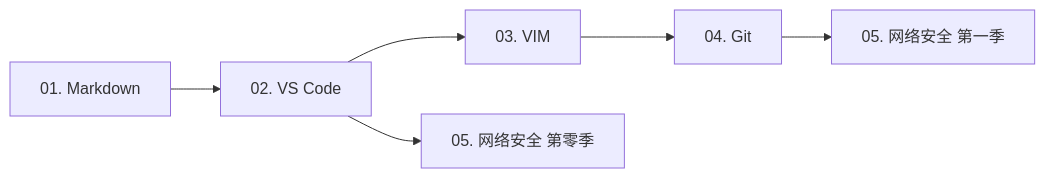
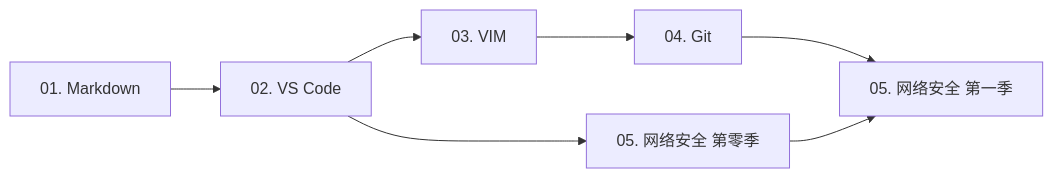
The first of 2 diagrams in README.md (TheSilentOne-creator/The-Book-of-the-Night-Keeper), drawn with Mermaid before and after one commit. The commit also changed other lines of this file and 7 other files, not shown here.

````diff
--- a/README.md
+++ b/README.md
@@ -136,8 +136,9 @@
 ```mermaid
 flowchart LR
     A[01. Markdown] --> B[02. VS Code]
     B --> C[03. VIM]
     B --> D[05. 网络安全 第零季]
     C --> E[04. Git]
     E --> F[05. 网络安全 第一季]
+    D --> F[05. 网络安全 第一季]
 ```
````
